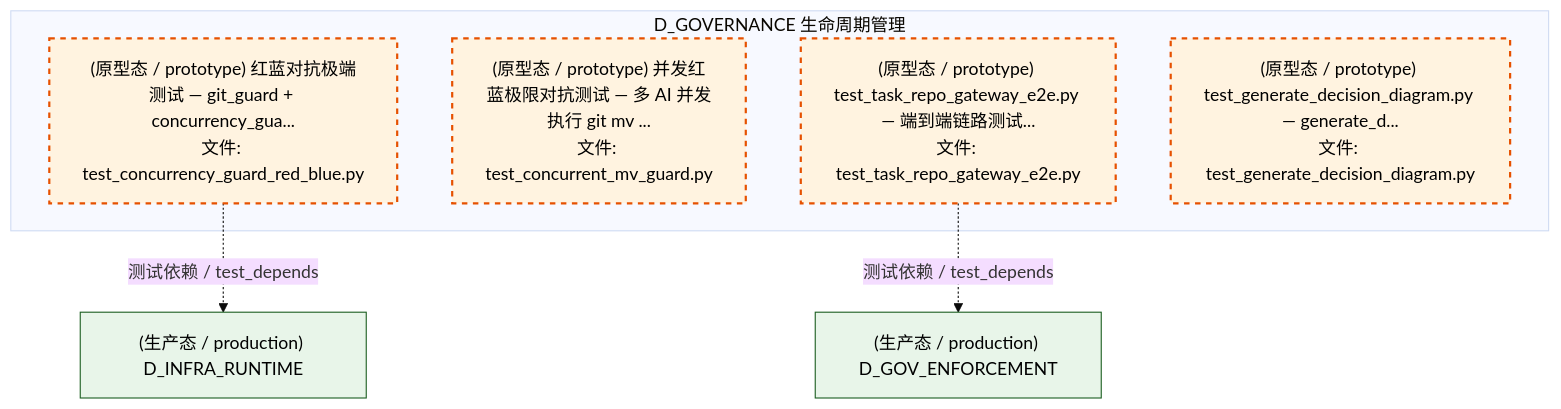
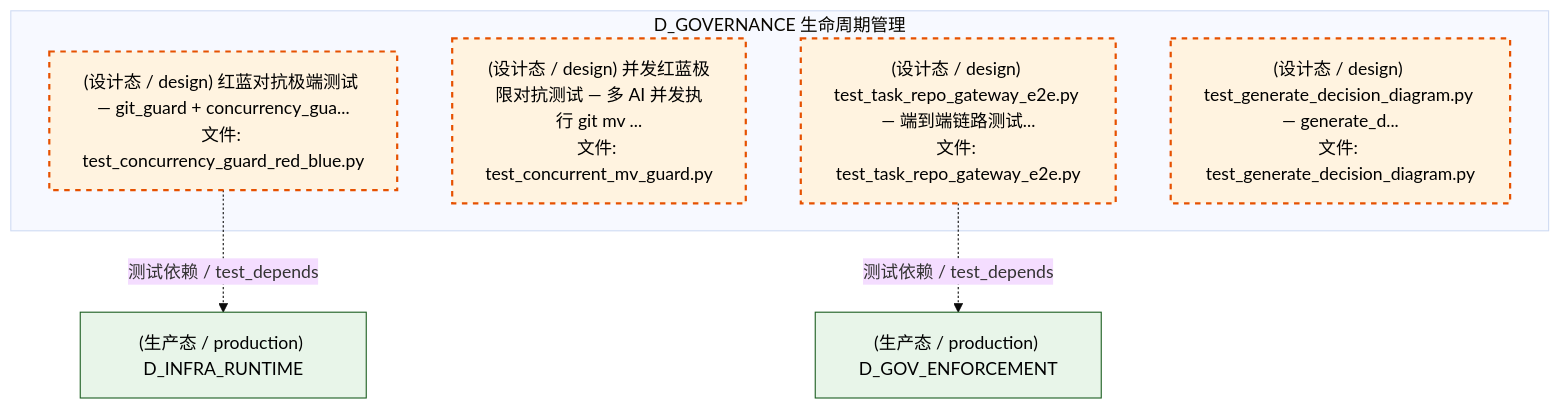
The eighth of 12 diagrams in docs/02_enterprise_architecture/02_domain_architecture_docs/38_d_governance.md (xuanFelixVan/ZephyrAlpha), drawn with Mermaid (base theme) before and after one commit. The commit also changed other lines of this file and 177 other files, not shown here.

````diff
--- a/docs/02_enterprise_architecture/02_domain_architecture_docs/38_d_governance.md
+++ b/docs/02_enterprise_architecture/02_domain_architecture_docs/38_d_governance.md
@@ -926,19 +925,19 @@
 ```mermaid
 graph TD
     subgraph D_GOVERNANCE["D_GOVERNANCE 生命周期管理"]
-        tests_rollback_test_concurrency_guard_red_blue_py["(原型态 / prototype) 红蓝对抗极端测试 — git_guard + concurrency_gua...<br/>文件: test_concurrency_guard_red_blue.py"]
-        tests_rollback_test_concurrent_mv_guard_py["(原型态 / prototype) 并发红蓝极限对抗测试 — 多 AI 并发执行 git mv ...<br/>文件: test_concurrent_mv_guard.py"]
-        tests_task_test_task_repo_gateway_e2e_py["(原型态 / prototype) test_task_repo_gateway_e2e.py — 端到端链路测试...<br/>文件: test_task_repo_gateway_e2e.py"]
-        tests_test_generate_decision_diagram_py["(原型态 / prototype) test_generate_decision_diagram.py — generate_d...<br/>文件: test_generate_decision_diagram.py"]
+        tests_rollback_test_concurrency_guard_red_blue_py["(设计态 / design) 红蓝对抗极端测试 — git_guard + concurrency_gua...<br/>文件: test_concurrency_guard_red_blue.py"]
+        tests_rollback_test_concurrent_mv_guard_py["(设计态 / design) 并发红蓝极限对抗测试 — 多 AI 并发执行 git mv ...<br/>文件: test_concurrent_mv_guard.py"]
+        tests_task_test_task_repo_gateway_e2e_py["(设计态 / design) test_task_repo_gateway_e2e.py — 端到端链路测试...<br/>文件: test_task_repo_gateway_e2e.py"]
+        tests_test_generate_decision_diagram_py["(设计态 / design) test_generate_decision_diagram.py — generate_d...<br/>文件: test_generate_decision_diagram.py"]
     end
     D_GOV_ENFORCEMENT["(生产态 / production) D_GOV_ENFORCEMENT"]
     tests_task_test_task_repo_gateway_e2e_py -.->|测试依赖 / test_depends| D_GOV_ENFORCEMENT
     D_INFRA_RUNTIME["(生产态 / production) D_INFRA_RUNTIME"]
     tests_rollback_test_concurrency_guard_red_blue_py -.->|测试依赖 / test_depends| D_INFRA_RUNTIME
     classDef production fill:#e1f5fe,stroke:#01579b,stroke-width:2px,color:#000
     classDef design fill:#fff3e0,stroke:#e65100,stroke-width:2px,color:#000,stroke-dasharray: 5 5
     classDef external_prod fill:#e8f5e9,stroke:#1b5e20,stroke-width:1px,color:#000
     classDef external_design fill:#fce4ec,stroke:#880e4f,stroke-width:1px,color:#000,stroke-dasharray: 5 5
     class tests_rollback_test_concurrency_guard_red_blue_py,tests_rollback_test_concurrent_mv_guard_py,tests_task_test_task_repo_gateway_e2e_py,tests_test_generate_decision_diagram_py design
     class D_GOV_ENFORCEMENT,D_INFRA_RUNTIME external_prod
 ```
````
